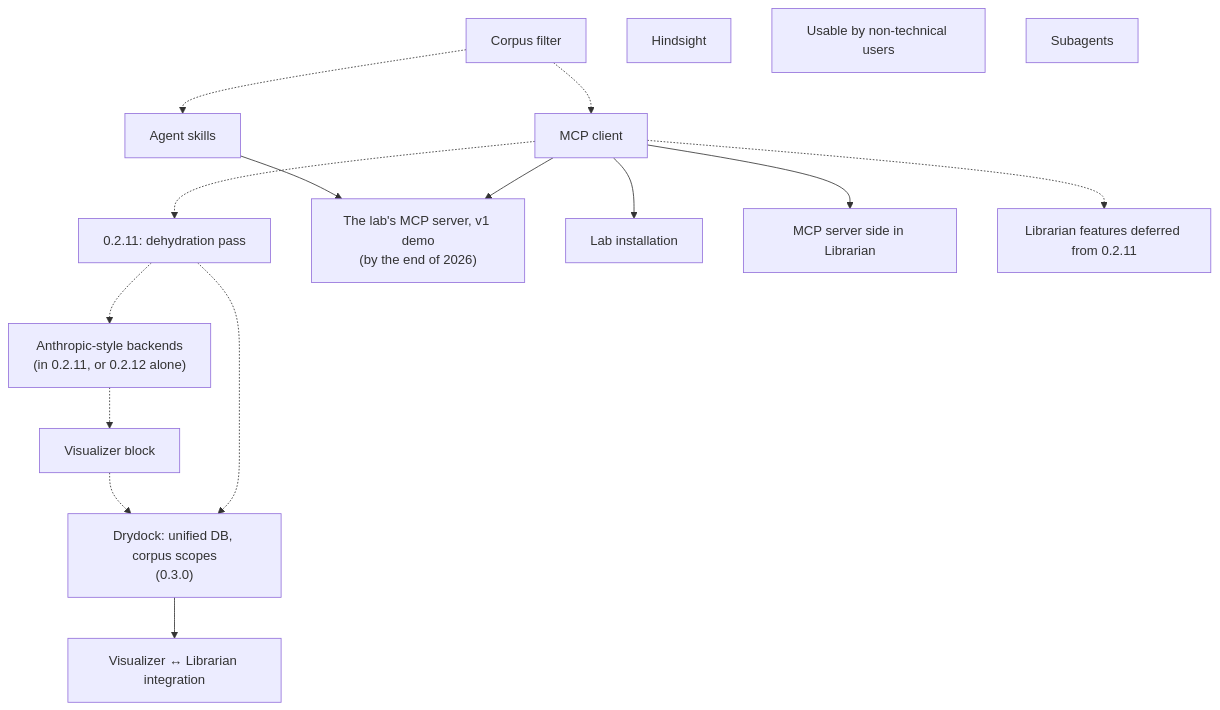
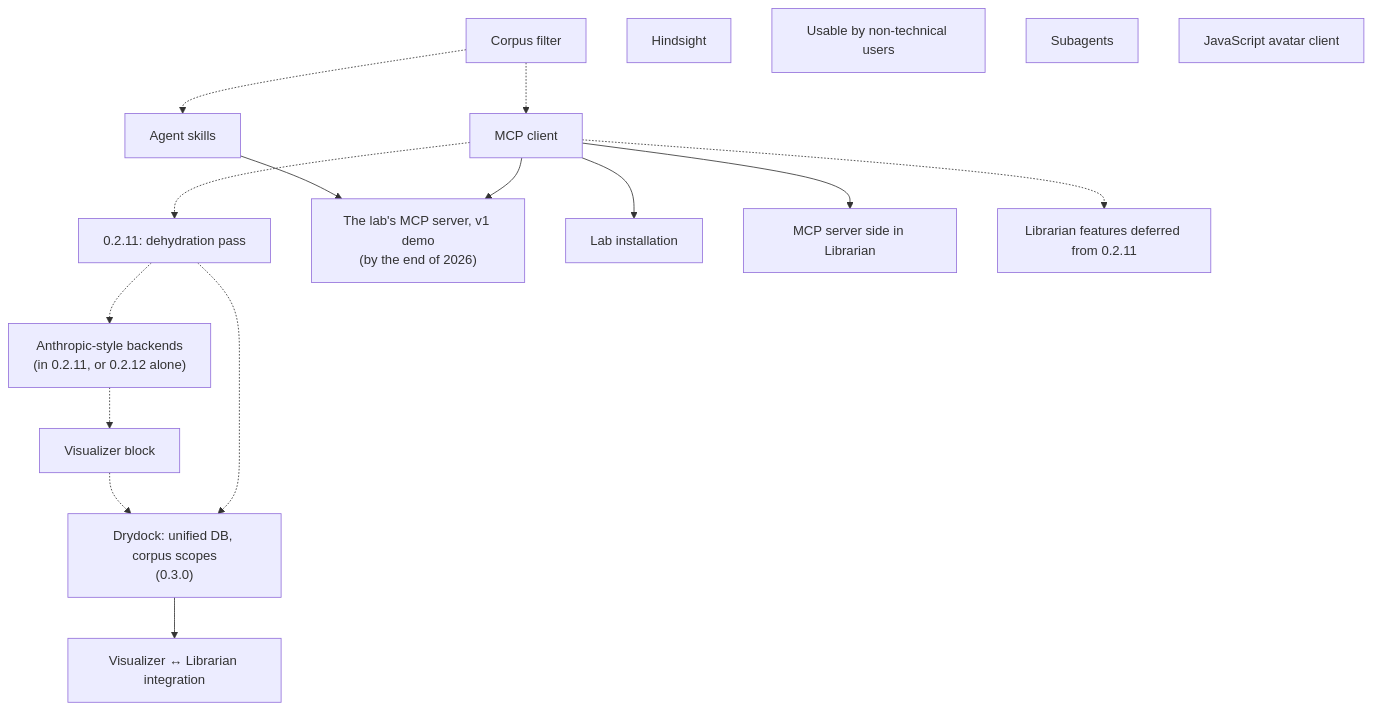
The diagram in briefs/roadmap.md (Technologicat/raven), drawn with Mermaid before and after one commit. The commit also changed other lines of this file, not shown here.

First line of the commit message:
roadmap: a JavaScript avatar client

````diff
--- a/briefs/roadmap.md
+++ b/briefs/roadmap.md
@@ -13,32 +13,33 @@
 ```mermaid
 flowchart TD
     CF["Corpus filter"]
     MCP["MCP client"]
     SKL["Agent skills"]
     T11["0.2.11: dehydration pass"]
     ANT["Anthropic-style backends<br/>(in 0.2.11, or 0.2.12 alone)"]
     VIS["Visualizer block"]
     LABMCP["The lab's MCP server, v1 demo<br/>(by the end of 2026)"]
     LABINST["Lab installation"]
     HS["Hindsight"]
     DD["Drydock: unified DB, corpus scopes<br/>(0.3.0)"]
     INTEG["Visualizer ↔ Librarian integration"]
     USE["Usable by non-technical users"]
     SUB["Subagents"]
     MCPS["MCP server side in Librarian"]
     LIBF["Librarian features deferred from 0.2.11"]
+    JSAV["JavaScript avatar client"]
 
     CF -.-> MCP
     CF -.-> SKL
     MCP --> LABMCP
     SKL --> LABMCP
     MCP --> LABINST
     MCP -.-> T11
     T11 -.-> ANT
     ANT -.-> VIS
     T11 -.-> DD
     VIS -.-> DD
     DD --> INTEG
     MCP --> MCPS
     MCP -.-> LIBF
 ```
````
